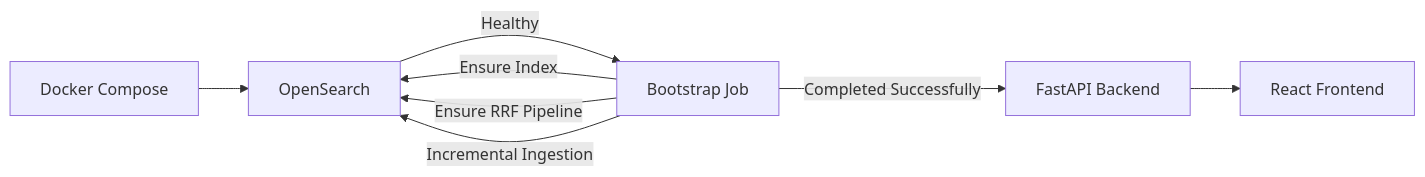
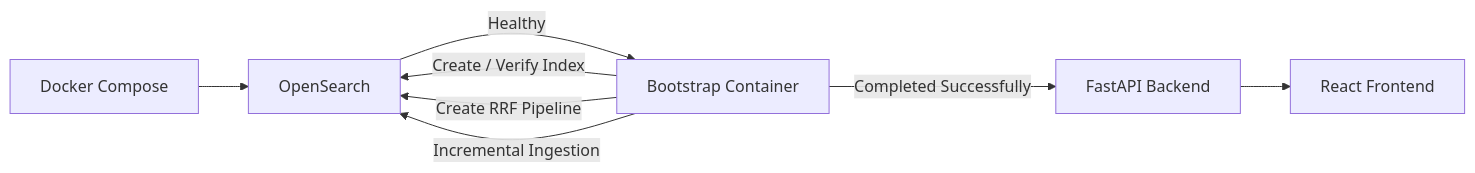
One commit to Yzeeyd/Enterprise-AI-Support-Engineer-Copilot changed the fourth of 5 diagrams in README.md. Above: the diagram before and after it, drawn with Mermaid. The commit also changed other lines of this file, not shown here.

````diff
--- a/README.md
+++ b/README.md
@@ -156,22 +220,22 @@
 ```mermaid
 flowchart LR
 
-    Docker[Docker Compose]
+    Compose[Docker Compose]
 
-    OS[OpenSearch]
-    Bootstrap[Bootstrap Job]
+    OpenSearch[OpenSearch]
+    Bootstrap[Bootstrap Container]
     Backend[FastAPI Backend]
     Frontend[React Frontend]
 
-    Docker --> OS
+    Compose --> OpenSearch
 
-    OS -->|Healthy| Bootstrap
+    OpenSearch -->|Healthy| Bootstrap
 
-    Bootstrap -->|Ensure Index| OS
-    Bootstrap -->|Ensure RRF Pipeline| OS
-    Bootstrap -->|Incremental Ingestion| OS
+    Bootstrap -->|Create / Verify Index| OpenSearch
+    Bootstrap -->|Create RRF Pipeline| OpenSearch
+    Bootstrap -->|Incremental Ingestion| OpenSearch
 
     Bootstrap -->|Completed Successfully| Backend
 
     Backend --> Frontend
 ```
````
